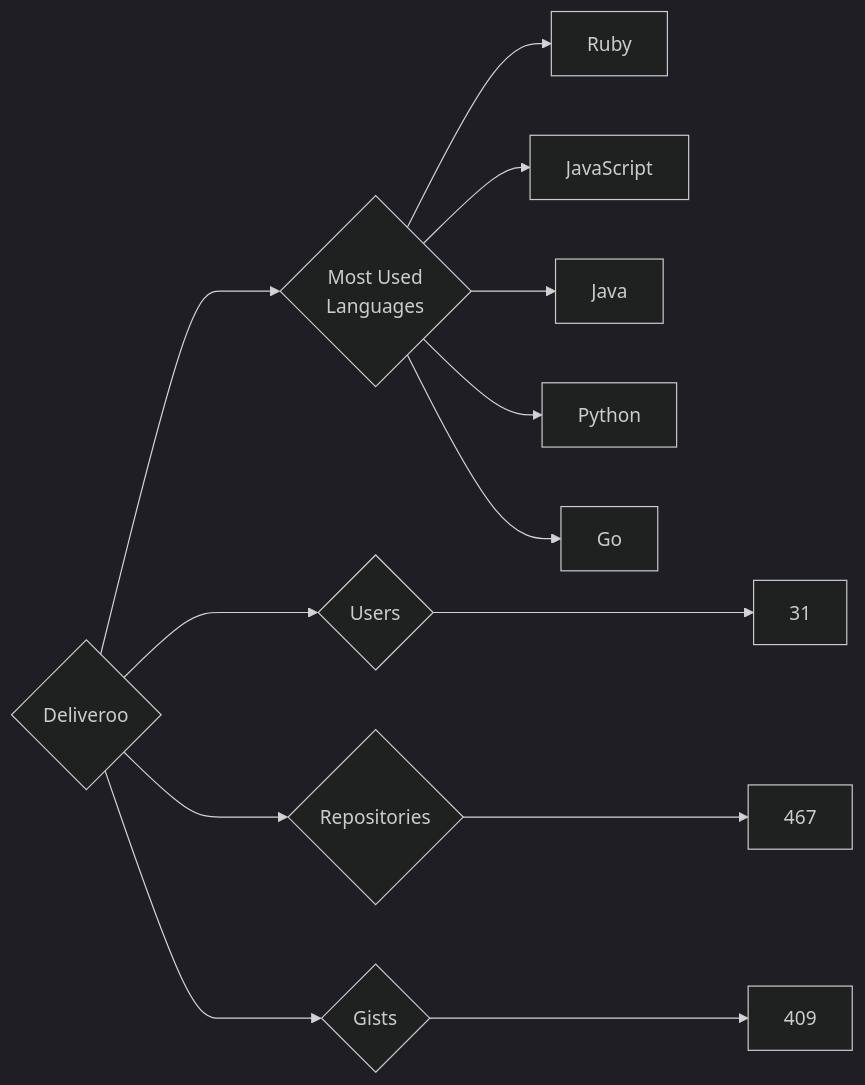
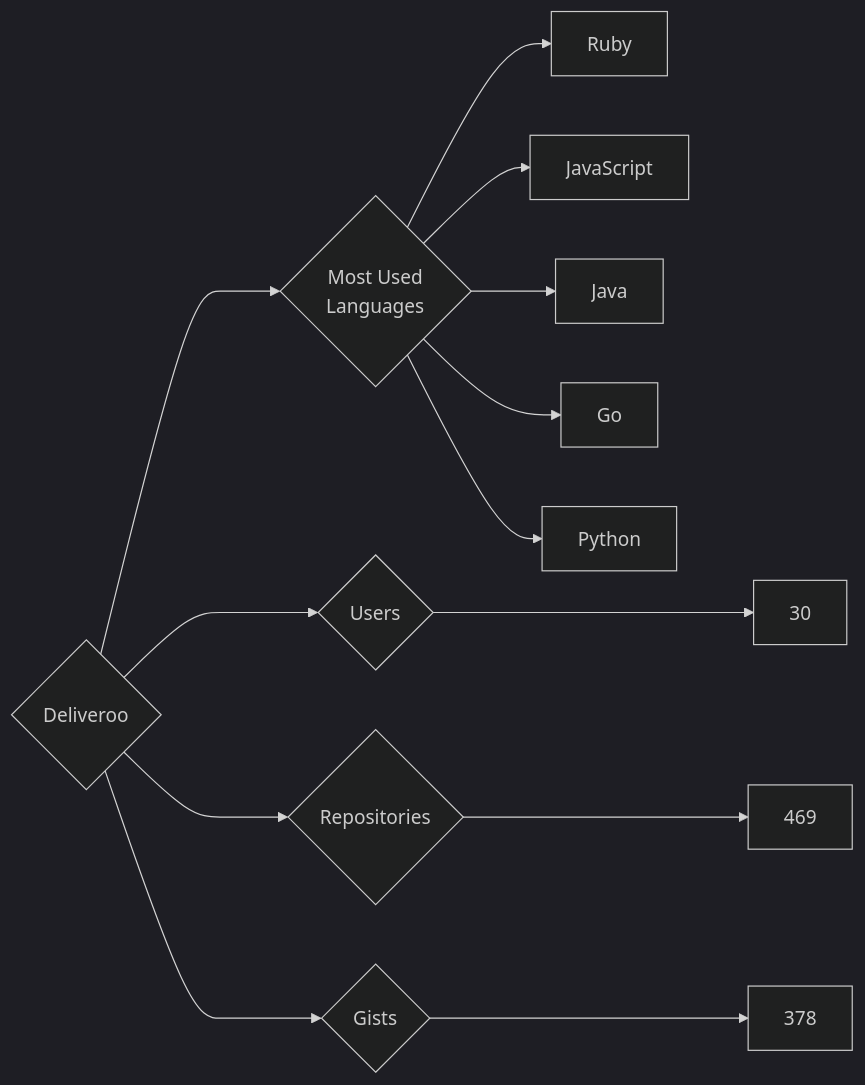
One commit to trickest/insiders changed the diagram in targets/Deliveroo/README.md. Above: the diagram before and after it, drawn with Mermaid (dark theme). The commit also changed 870 other files, not shown here.

````diff
--- a/targets/Deliveroo/README.md
+++ b/targets/Deliveroo/README.md
@@ -3,13 +3,13 @@
 ```mermaid
 graph LR
 COMPANY_NAME{Deliveroo}
-COMPANY_NAME ---> U{Users} ---> UN[31]
-COMPANY_NAME ---> R{Repositories} ---> RN[467]
-COMPANY_NAME ---> G{Gists} ---> GN[409]
+COMPANY_NAME ---> U{Users} ---> UN[30]
+COMPANY_NAME ---> R{Repositories} ---> RN[469]
+COMPANY_NAME ---> G{Gists} ---> GN[378]
 COMPANY_NAME ---> ML{Most Used<br>Languages}
 ML --> Ruby[Ruby]
 ML --> JavaScript[JavaScript]
 ML --> Java[Java]
+ML --> Go[Go]
 ML --> Python[Python]
-ML --> Go[Go]
 ```
````
